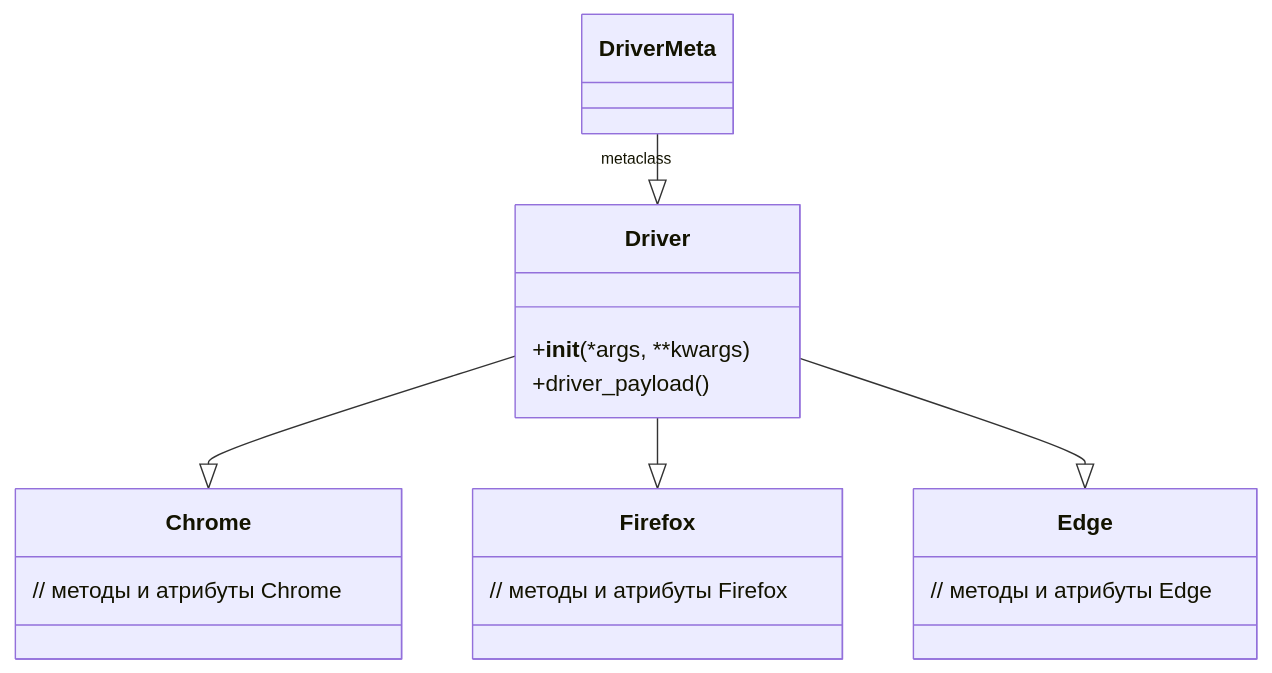
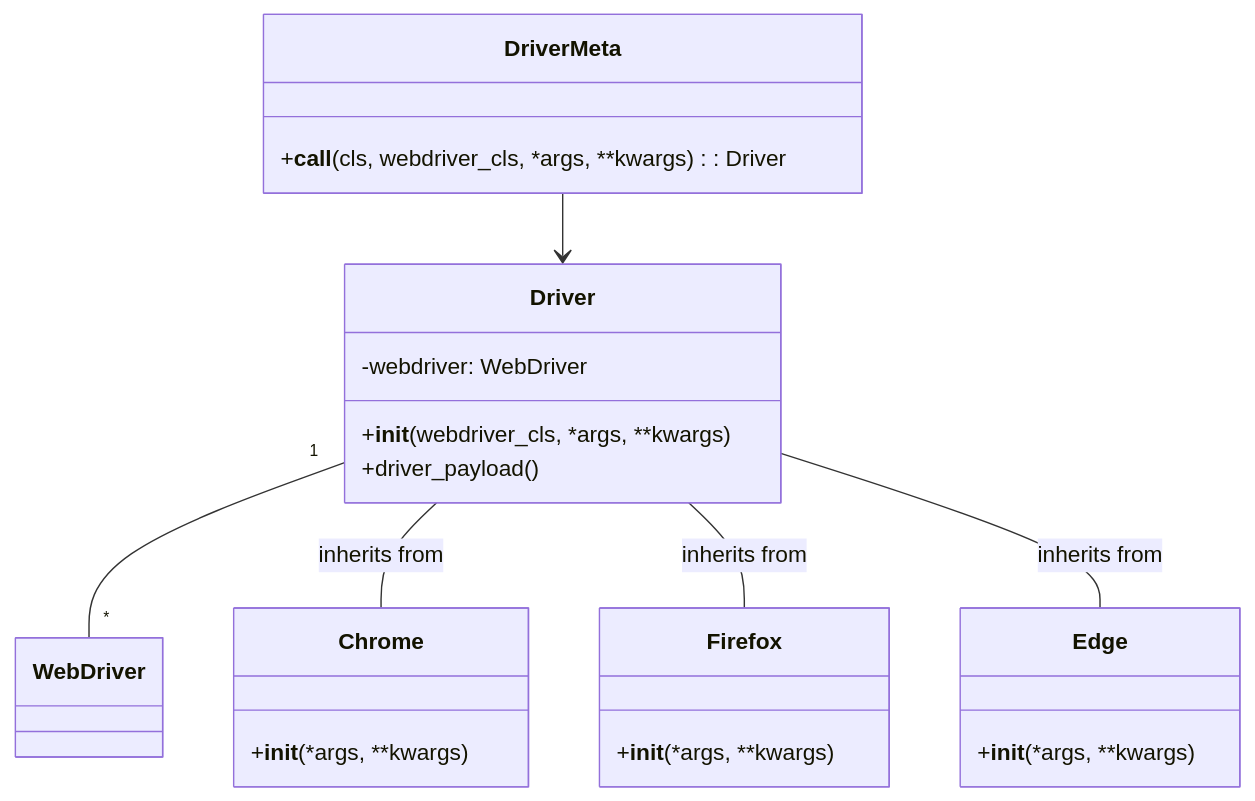
The diagram in docs/gemini/ru/explainer/src/webdriver/_docs/driver_1.md (hypo69/hypo), drawn with Mermaid before and after one commit. The commit also changed other lines of this file and 311 other files, not shown here.

````diff
--- a/docs/gemini/ru/explainer/src/webdriver/_docs/driver_1.md
+++ b/docs/gemini/ru/explainer/src/webdriver/_docs/driver_1.md
@@ -53,21 +100,25 @@
 ```mermaid
 classDiagram
+    class DriverMeta {
+        +__call__(cls, webdriver_cls, *args, **kwargs): Driver
+    }
     class Driver {
-        +__init__(*args, **kwargs)
+        -webdriver: WebDriver
+        +__init__(webdriver_cls, *args, **kwargs)
         +driver_payload()
     }
     class Chrome {
-        // методы и атрибуты Chrome
+        +__init__(*args, **kwargs)
     }
     class Firefox {
-        // методы и атрибуты Firefox
+        +__init__(*args, **kwargs)
     }
     class Edge {
-        // методы и атрибуты Edge
+        +__init__(*args, **kwargs)
     }
-    DriverMeta "metaclass" --|> Driver
-    Driver --|> Chrome
-    Driver --|> Firefox
-    Driver --|> Edge
-    
+    DriverMeta --> Driver
+    Driver "1" -- "*" WebDriver
+    Driver -- Chrome : inherits from
+    Driver -- Firefox : inherits from
+    Driver -- Edge : inherits from
 ```
````
